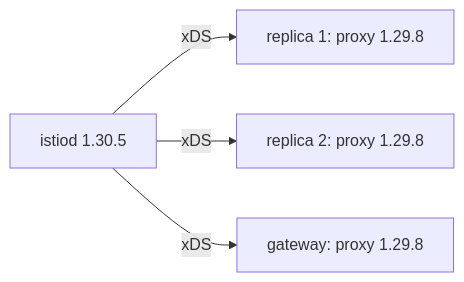
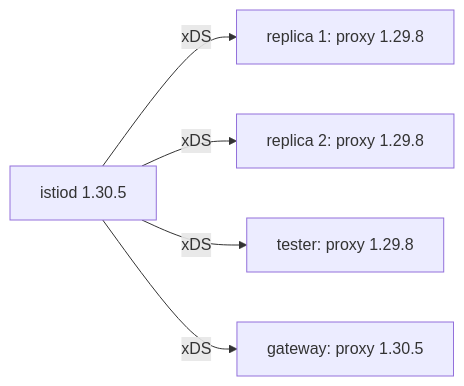
Before and after one commit to astrona-io/ATS013: the diagram in sections/section-030/module-03/course-02-version-skew-and-finishing-the-upgrade.md, drawn with Mermaid. The commit also changed other lines of this file and 2 other files, not shown here.

````diff
--- a/sections/section-030/module-03/course-02-version-skew-and-finishing-the-upgrade.md
+++ b/sections/section-030/module-03/course-02-version-skew-and-finishing-the-upgrade.md
@@ -13,6 +13,7 @@
 ```mermaid
 flowchart LR
     I["istiod 1.30.5"] -->|"xDS"| P1["replica 1: proxy 1.29.8"]
     I -->|"xDS"| P2["replica 2: proxy 1.29.8"]
-    I -->|"xDS"| P3["gateway: proxy 1.29.8"]
+    I -->|"xDS"| P3["tester: proxy 1.29.8"]
+    I -->|"xDS"| P4["gateway: proxy 1.30.5"]
 ```
````
